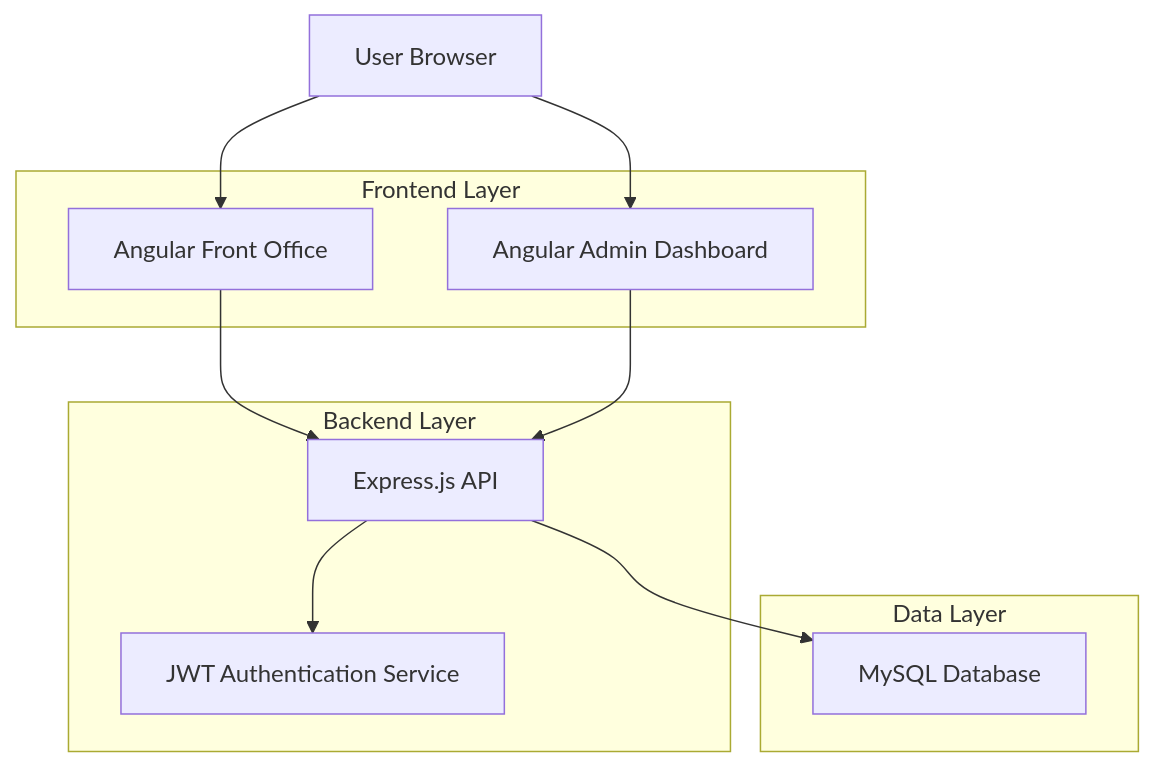
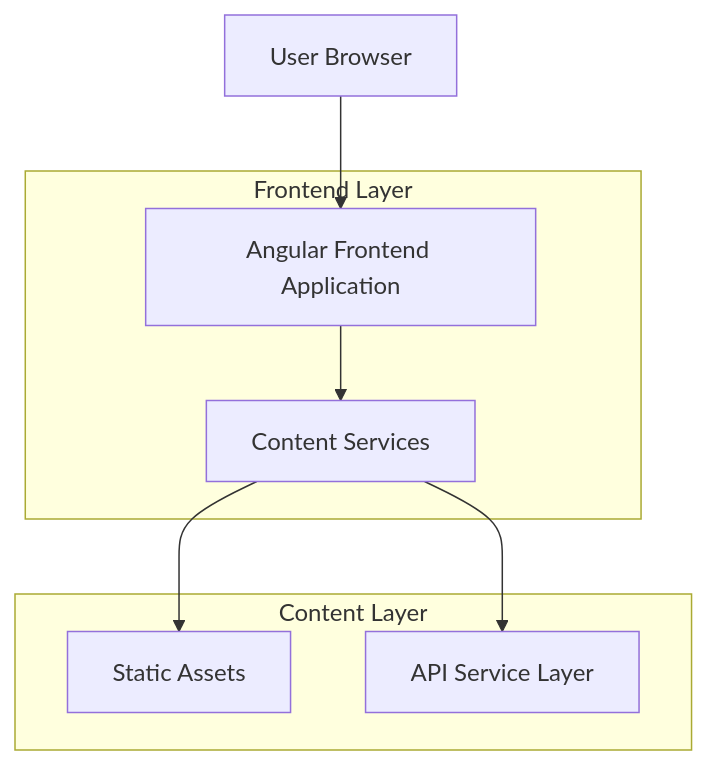
Before and after one commit to Marouaneltf/auto-ecole: the diagram in .trae/documents/driving-school-technical-architecture.md, drawn with Mermaid. The commit also changed other lines of this file and 62 other files, not shown here.

First line of the commit message:
feat(admin): implement admin dashboard with media management and content editing

````diff
--- a/.trae/documents/driving-school-technical-architecture.md
+++ b/.trae/documents/driving-school-technical-architecture.md
@@ -3,23 +3,17 @@
 ```mermaid
 graph TD
-  A[User Browser] --> B[Angular Front Office]
-  A --> C[Angular Admin Dashboard]
-  B --> D[Express.js API]
-  C --> D
-  D --> E[MySQL Database]
-  D --> F[JWT Authentication Service]
+  A[User Browser] --> B[Angular Frontend Application]
+  B --> C[Content Services]
+  C --> D[Static Assets]
+  C --> E[API Service Layer]
 
   subgraph "Frontend Layer"
     B
     C
   end
 
-  subgraph "Backend Layer"
+  subgraph "Content Layer"
     D
-    F
-  end
-
-  subgraph "Data Layer"
     E
   end
 ```
````
